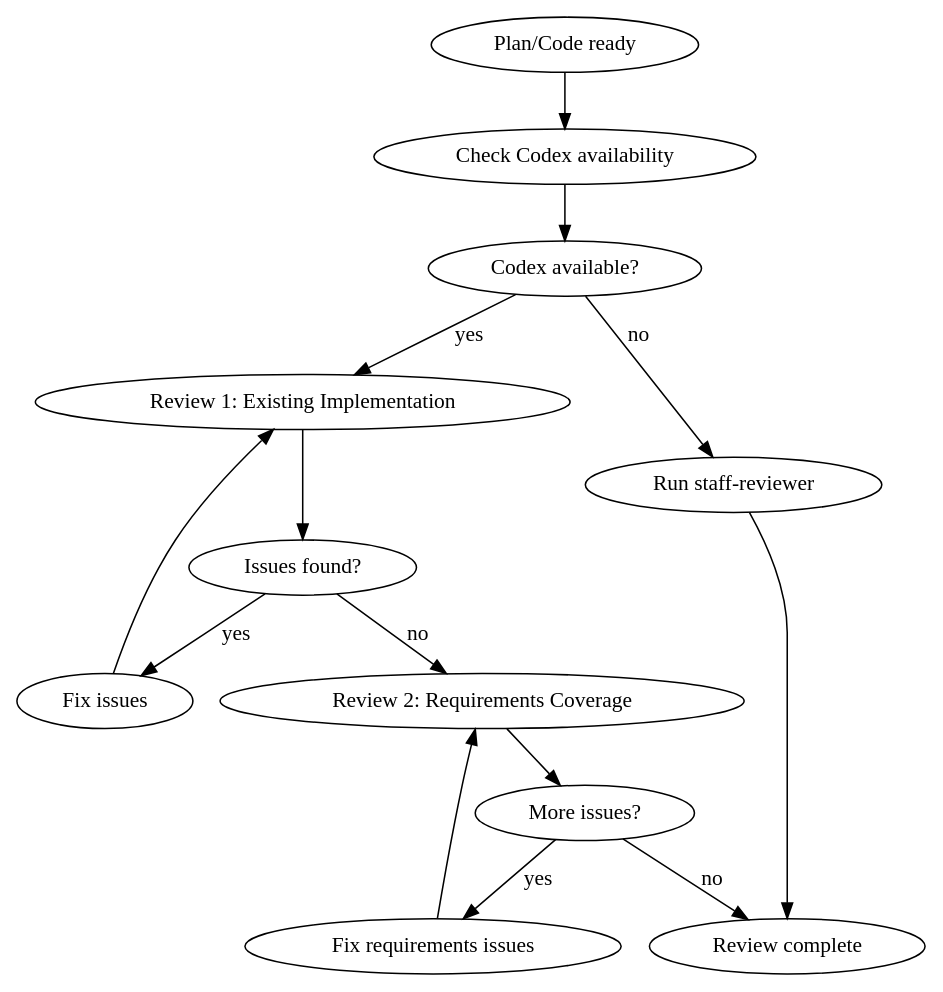
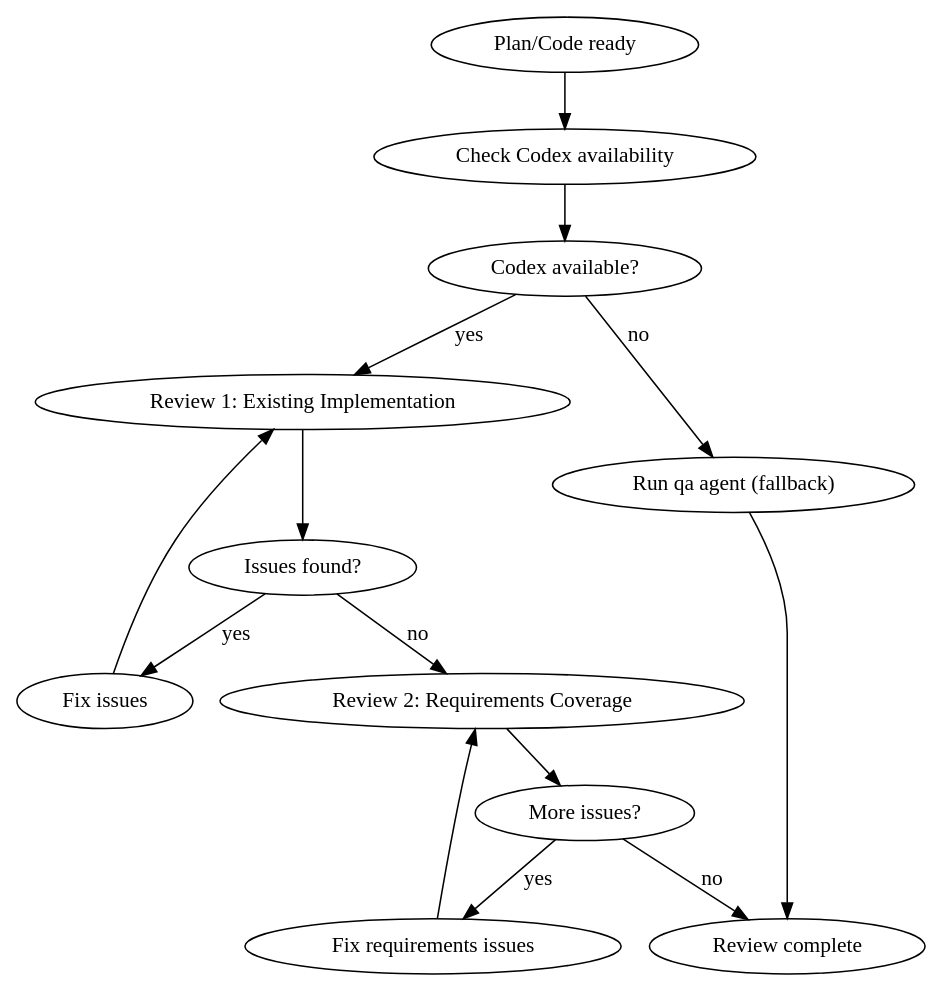
The diagram in skills/codex-review/SKILL.md (tasai-lab/fractal-dev-workflow), drawn with Graphviz before and after one commit. The commit also changed 4 other files, not shown here.

````diff
--- a/skills/codex-review/SKILL.md
+++ b/skills/codex-review/SKILL.md
@@ -63,17 +63,17 @@
 ```dot
 digraph review {
     "Plan/Code ready" -> "Check Codex availability";
     "Check Codex availability" -> "Codex available?" [shape=diamond];
     "Codex available?" -> "Review 1: Existing Implementation" [label="yes"];
-    "Codex available?" -> "Run staff-reviewer" [label="no"];
+    "Codex available?" -> "Run qa agent (fallback)" [label="no"];
     "Review 1: Existing Implementation" -> "Issues found?" [shape=diamond];
     "Issues found?" -> "Fix issues" [label="yes"];
     "Fix issues" -> "Review 1: Existing Implementation";
     "Issues found?" -> "Review 2: Requirements Coverage" [label="no"];
     "Review 2: Requirements Coverage" -> "More issues?" [shape=diamond];
     "More issues?" -> "Fix requirements issues" [label="yes"];
     "Fix requirements issues" -> "Review 2: Requirements Coverage";
     "More issues?" -> "Review complete" [label="no"];
-    "Run staff-reviewer" -> "Review complete";
+    "Run qa agent (fallback)" -> "Review complete";
 }
 ```
````
